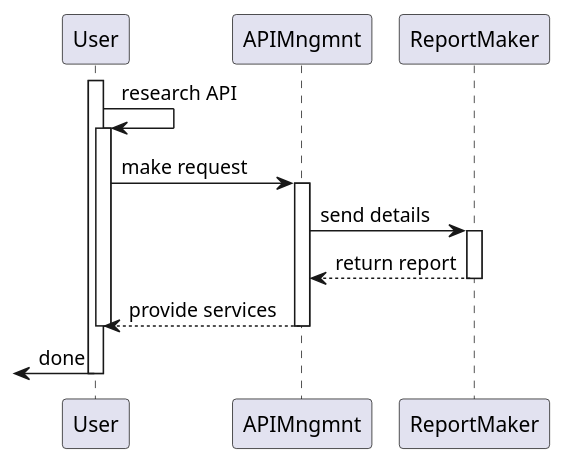
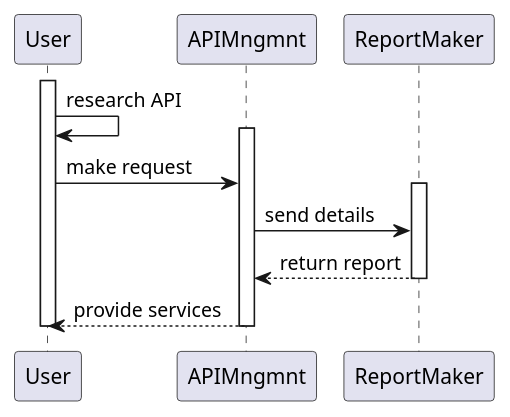
Before and after one commit to harmanpreet-sagar/SFWRENG-3A04-Group6-T01: the diagram in docs/diagrams/plantuml/sequence/BE6_3A04_D3.puml, drawn with PlantUML.

Commit message:
Add explicit activate and deactivate commands

```diff
--- a/docs/diagrams/plantuml/sequence/BE6_3A04_D3.puml
+++ b/docs/diagrams/plantuml/sequence/BE6_3A04_D3.puml
@@ -1,11 +1,13 @@
 @startuml
 activate User
-User   ->  User     ++   : research API
-User     ->  APIMngmnt ++ : make request
-APIMngmnt -> ReportMaker ++ : send details
-ReportMaker --> APIMngmnt -- : return report
-APIMngmnt --> User -- : provide services
-deactivate User
-<- User -- : done
+User -> User : research API
+activate APIMngmnt
+User -> APIMngmnt : make request
+activate ReportMaker
+APIMngmnt -> ReportMaker : send details
+ReportMaker --> APIMngmnt : return report
+deactivate ReportMaker
+APIMngmnt --> User : provide services
+deactivate APIMngmnt
 deactivate User
 @enduml
```
